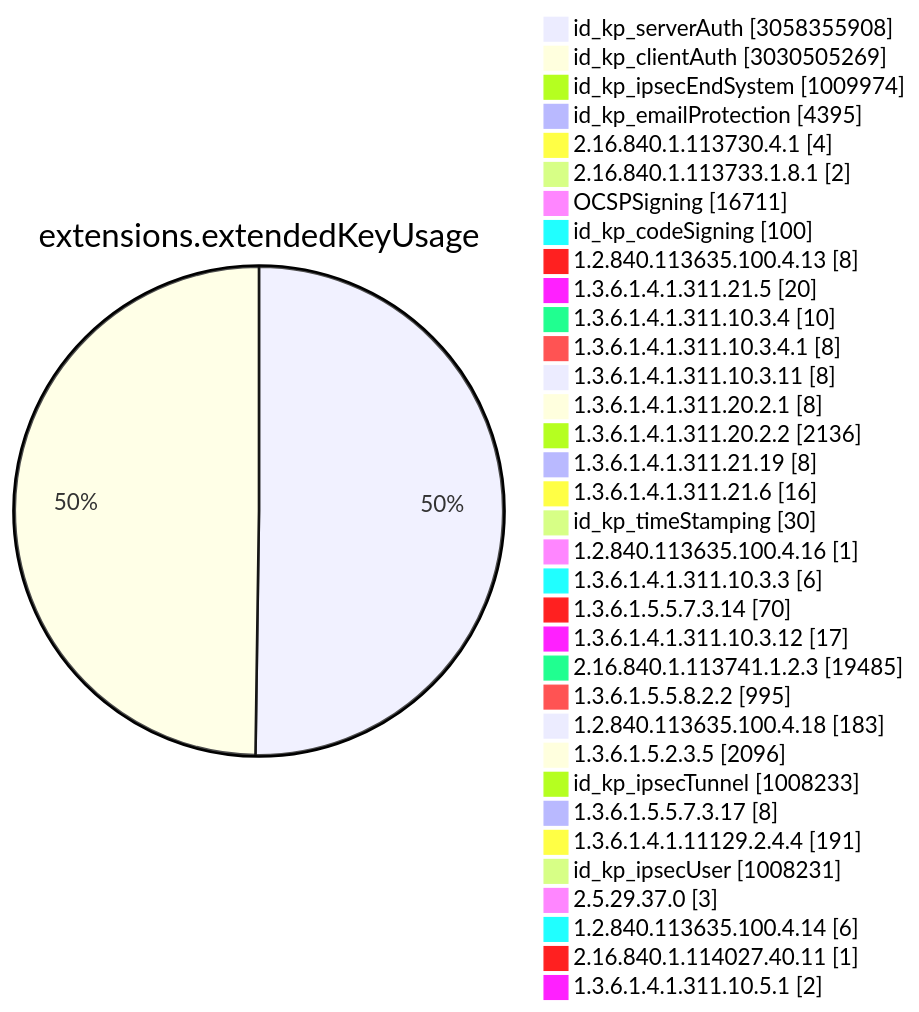
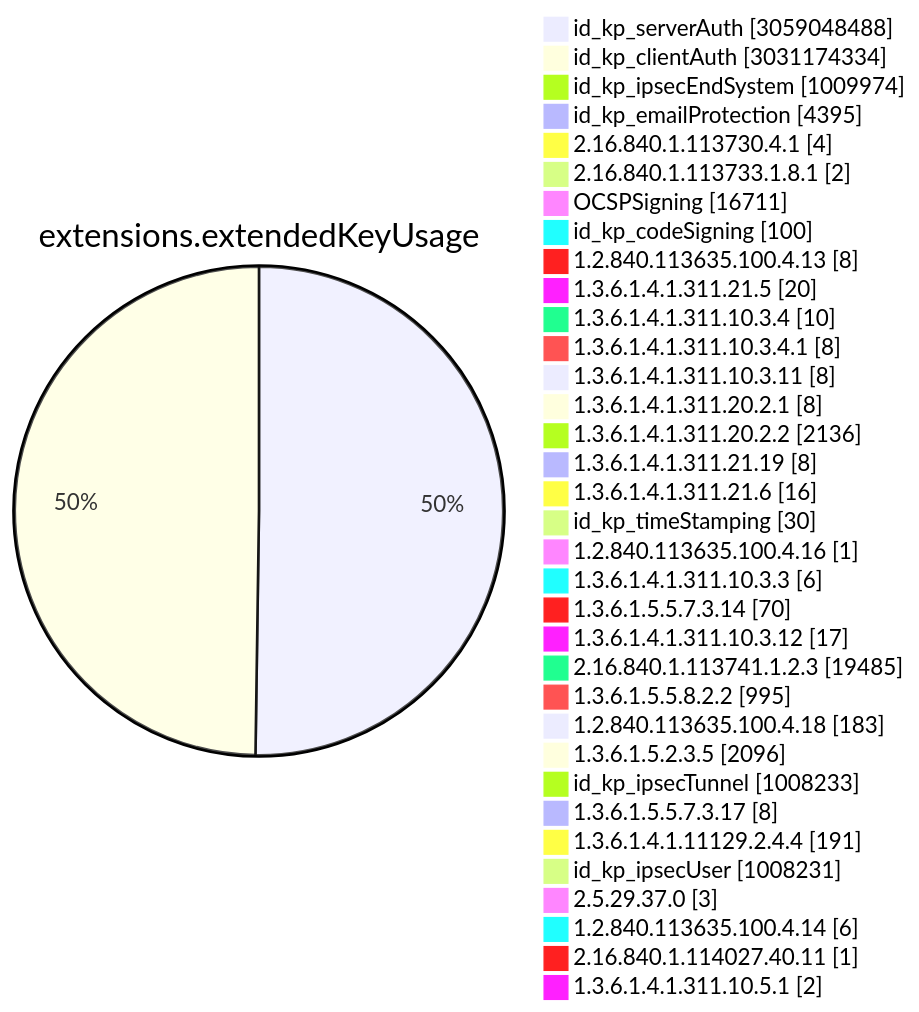
One commit to christiankrug/ctmonitor_visualization changed diagram 11 of 15 in TOTAL/README.md. Above: the diagram before and after it, drawn with Mermaid. The commit also changed other lines of this file, not shown here.

````diff
--- a/TOTAL/README.md
+++ b/TOTAL/README.md
@@ -4119,38 +4119,38 @@
 ```mermaid
 pie showData
 title extensions.extendedKeyUsage
-"id_kp_serverAuth" :3058355908
-"id_kp_clientAuth" :3030505269
+"id_kp_serverAuth" :3059048488
+"id_kp_clientAuth" :3031174334
 "id_kp_ipsecEndSystem" :1009974
 "id_kp_emailProtection" :4395
 "2.16.840.1.113730.4.1" :4
 "2.16.840.1.113733.1.8.1" :2
 "OCSPSigning" :16711
 "id_kp_codeSigning" :100
 "1.2.840.113635.100.4.13" :8
 "1.3.6.1.4.1.311.21.5" :20
 "1.3.6.1.4.1.311.10.3.4" :10
 "1.3.6.1.4.1.311.10.3.4.1" :8
 "1.3.6.1.4.1.311.10.3.11" :8
 "1.3.6.1.4.1.311.20.2.1" :8
 "1.3.6.1.4.1.311.20.2.2" :2136
 "1.3.6.1.4.1.311.21.19" :8
 "1.3.6.1.4.1.311.21.6" :16
 "id_kp_timeStamping" :30
 "1.2.840.113635.100.4.16" :1
 "1.3.6.1.4.1.311.10.3.3" :6
 "1.3.6.1.5.5.7.3.14" :70
 "1.3.6.1.4.1.311.10.3.12" :17
 "2.16.840.1.113741.1.2.3" :19485
 "1.3.6.1.5.5.8.2.2" :995
 "1.2.840.113635.100.4.18" :183
 "1.3.6.1.5.2.3.5" :2096
 "id_kp_ipsecTunnel" :1008233
 "1.3.6.1.5.5.7.3.17" :8
 "1.3.6.1.4.1.11129.2.4.4" :191
 "id_kp_ipsecUser" :1008231
 "2.5.29.37.0" :3
 "1.2.840.113635.100.4.14" :6
 "2.16.840.1.114027.40.11" :1
 "1.3.6.1.4.1.311.10.5.1" :2
 ```
````
